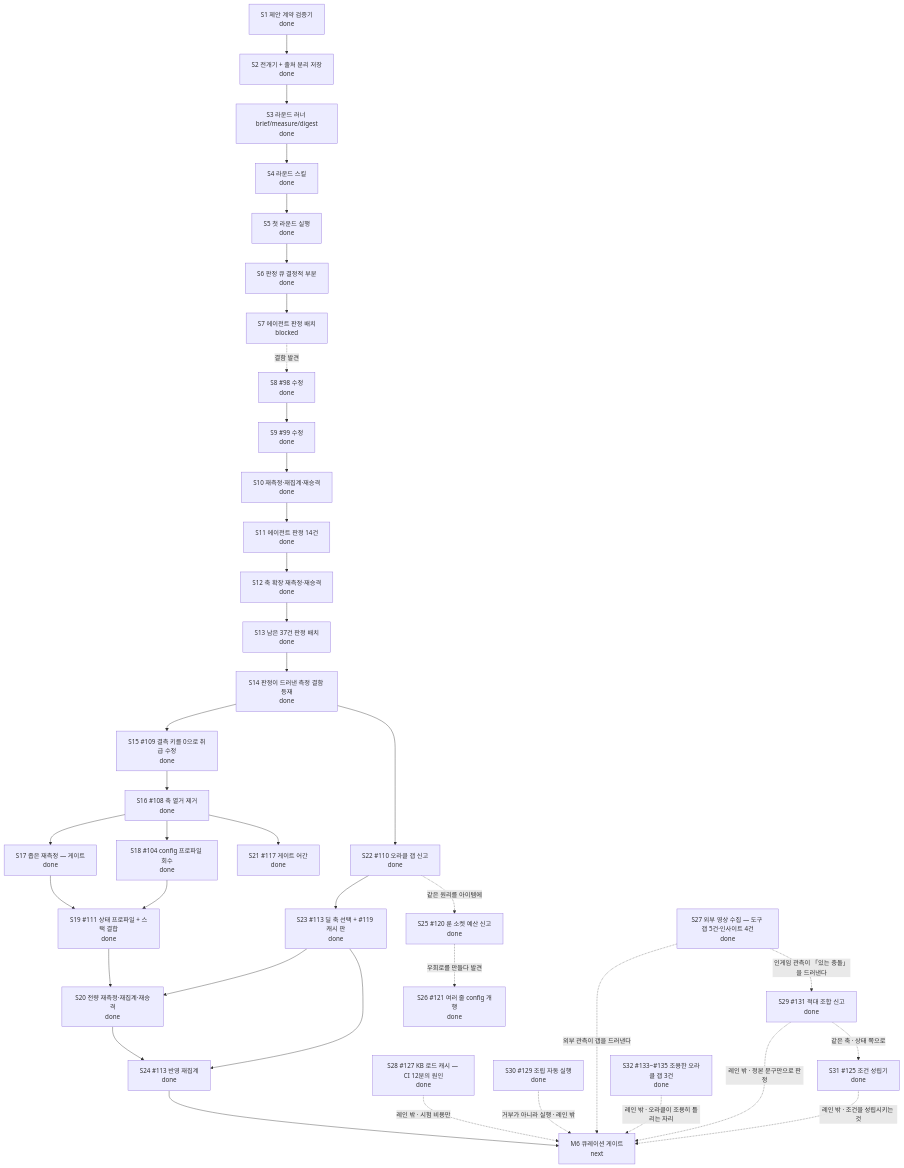
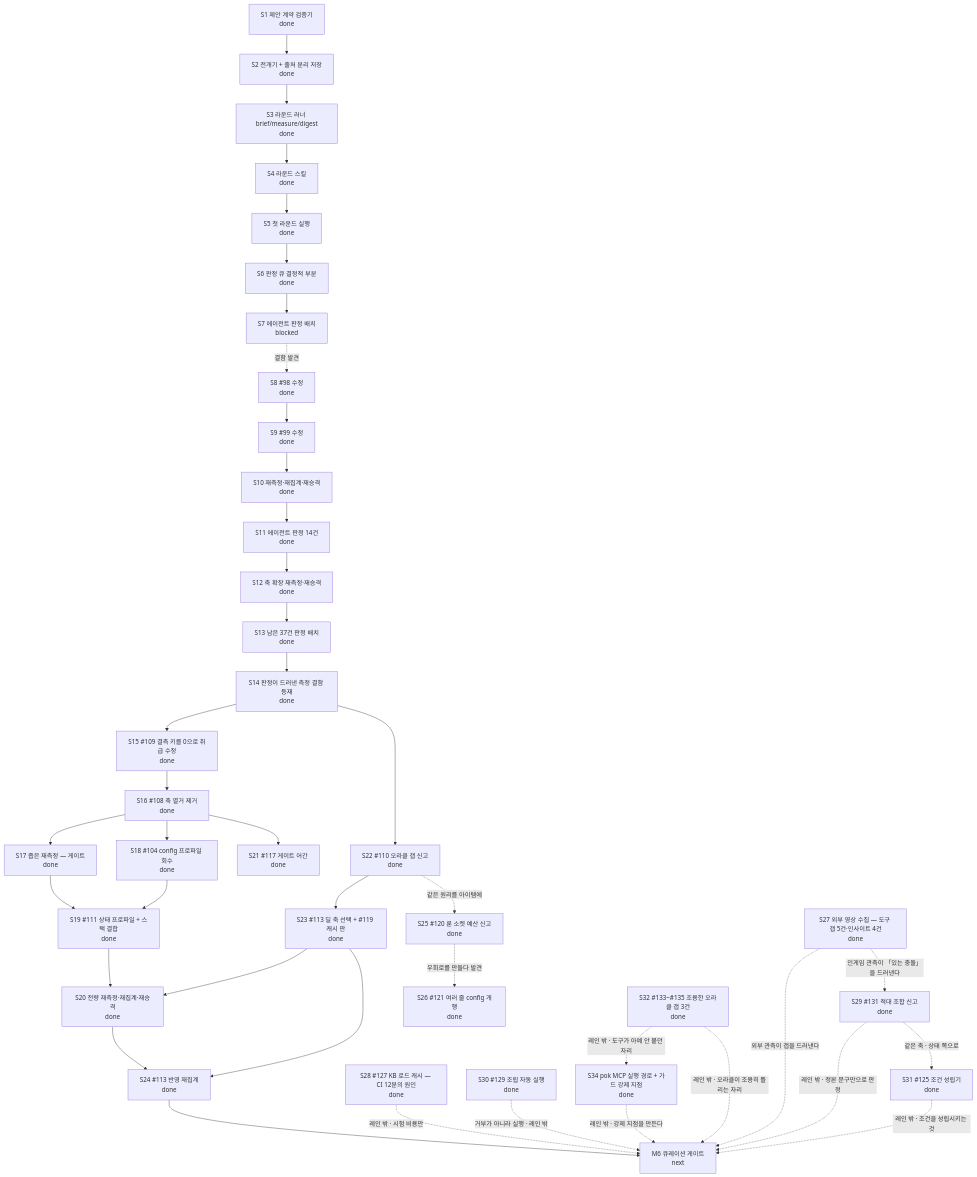
Before and after one commit to skerfolg/poe2-ai-wiki: the diagram in docs/CURRENT-PLAN.md, drawn with Mermaid. The commit also changed other lines of this file and 3 other files, not shown here.

````diff
--- a/docs/CURRENT-PLAN.md
+++ b/docs/CURRENT-PLAN.md
@@ -23,56 +23,59 @@
 ```mermaid
 flowchart TD
   CONTRACT[S1 제안 계약 검증기<br/>done]
   FLOW[S2 전개기 + 출처 분리 저장<br/>done]
   ROUND[S3 라운드 러너 brief/measure/digest<br/>done]
   SKILL[S4 라운드 스킬<br/>done]
   FIRST[S5 첫 라운드 실행<br/>done]
   NECESS[S6 판정 큐 결정적 부분<br/>done]
   JUDGE[S7 에이전트 판정 배치<br/>blocked]
   FIX[S8 #98 수정<br/>done]
   REMEAS[S9 #99 수정<br/>done]
   REAGG[S10 재측정·재집계·재승격<br/>done]
   RESUME[S11 에이전트 판정 14건<br/>done]
   AXES[S12 축 확장 재측정·재승격<br/>done]
   NEXT2[S13 남은 37건 판정 배치<br/>done]
   DEF[S14 판정이 드러낸 측정 결함 등재<br/>done]
   FIXDELTA[S15 #109 결측 키를 0으로 취급 수정<br/>done]
   WIDEN[S16 #108 축 열거 제거<br/>done]
   NARROW[S17 좁은 재측정 — 게이트<br/>done]
   CFG[S18 #104 config 프로파일 회수<br/>done]
   CPL[S19 #111 상태 프로파일 + 스택 결합<br/>done]
   FULL[S20 전량 재측정·재집계·재승격<br/>done]
   STEM[S21 #117 게이트 어간<br/>done]
   ORACLE[S22 #110 오라클 갭 신고<br/>done]
   AXIS[S23 #113 딜 축 선택 + #119 캐시 판<br/>done]
   REAGG2[S24 #113 반영 재집계<br/>done]
   SOCKET[S25 #120 룬 소켓 예산 신고<br/>done]
   ATTR[S26 #121 여러 줄 config 개행<br/>done]
   EXT[S27 외부 영상 수집 — 도구 갭 5건·인사이트 4건<br/>done]
   CI[S28 #127 KB 로드 캐시 — CI 12분의 원인<br/>done]
   ANTAG[S29 #131 적대 조합 신고<br/>done]
   FILL[S30 #129 조립 자동 실행<br/>done]
   ENAB[S31 #125 조건 성립기<br/>done]
   SILENT[S32 #133~#135 조용한 오라클 갭 3건<br/>done]
+  MCPFIX[S34 pok MCP 실행 경로 + 가드 강제 지점<br/>done]
   M6[M6 큐레이션 게이트<br/>next]
   CONTRACT --> FLOW --> ROUND --> SKILL --> FIRST --> NECESS --> JUDGE
   JUDGE -. 결함 발견 .-> FIX --> REMEAS --> REAGG --> RESUME --> AXES --> NEXT2
   NEXT2 --> DEF --> FIXDELTA --> WIDEN --> NARROW --> CPL --> FULL
   WIDEN --> CFG --> CPL
   WIDEN --> STEM
   DEF --> ORACLE
   ORACLE --> AXIS --> FULL
   FULL --> REAGG2
   AXIS --> REAGG2
   REAGG2 --> M6
   ORACLE -. 같은 원리를 아이템에 .-> SOCKET
   SOCKET -. 우회로를 만들다 발견 .-> ATTR
   EXT -. 외부 관측이 갭을 드러낸다 .-> M6
   CI -. 레인 밖 · 시험 비용만 .-> M6
   EXT -. 인게임 관측이 「있는 충돌」을 드러낸다 .-> ANTAG
   ANTAG -. 레인 밖 · 정본 문구만으로 판정 .-> M6
   FILL -. 거부가 아니라 실행 · 레인 밖 .-> M6
   ANTAG -. 같은 축 · 상태 쪽으로 .-> ENAB
   ENAB -. 레인 밖 · 조건을 성립시키는 것 .-> M6
+  SILENT -. 레인 밖 · 도구가 아예 안 붙던 자리 .-> MCPFIX
+  MCPFIX -. 레인 밖 · 강제 지점을 만든다 .-> M6
   SILENT -. 레인 밖 · 오라클이 조용히 틀리는 자리 .-> M6
 ```
````
